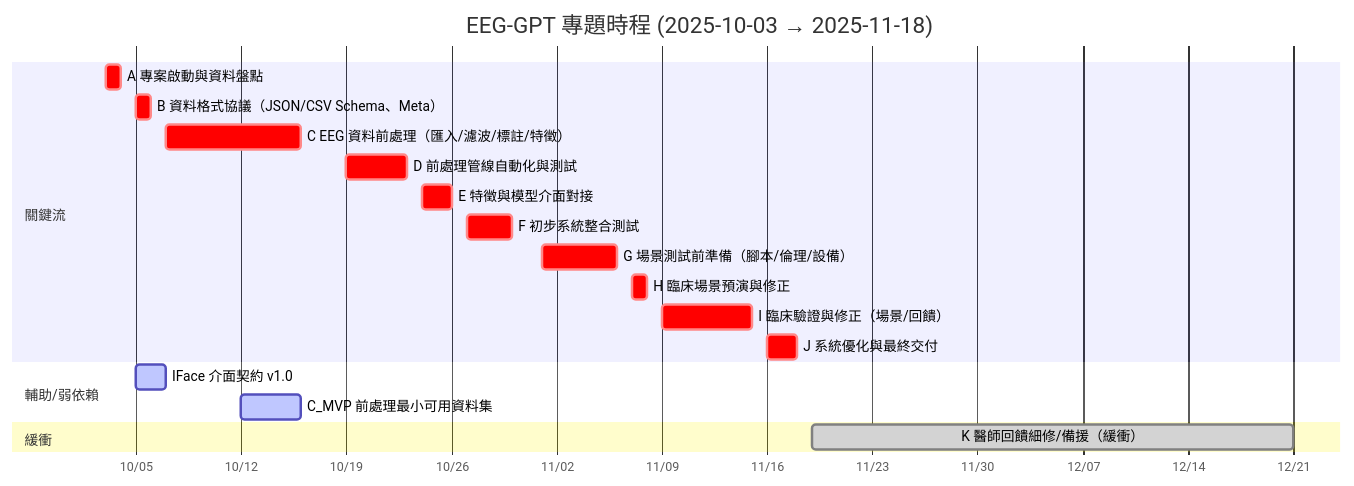
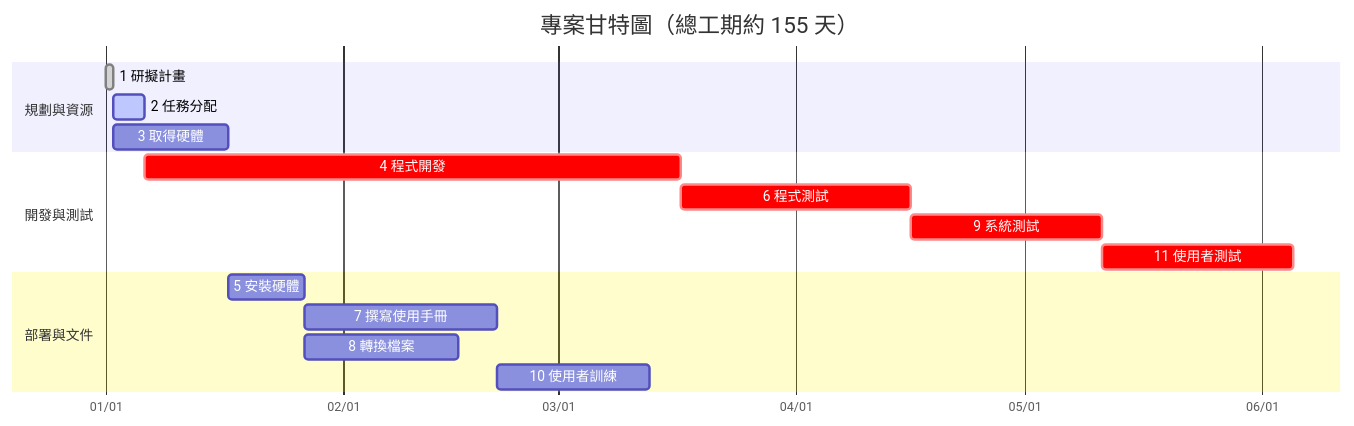
The second of 2 diagrams in hw2.md (yenzhen916/114-1a), drawn with Mermaid before and after one commit. The commit also changed other lines of this file, not shown here.

````diff
--- a/hw2.md
+++ b/hw2.md
@@ -68,25 +66,27 @@
 ```mermaid
 gantt
+  title 專案甘特圖（總工期約 155 天）
   dateFormat  YYYY-MM-DD
   axisFormat  %m/%d
-  title EEG-GPT 專題時程 (2025-10-03 → 2025-11-18)
 
-  section 關鍵流
-  A 專案啟動與資料盤點                         :crit, 2025-10-03, 2025-10-04
-  B 資料格式協議（JSON/CSV Schema、Meta）       :crit, 2025-10-05, 2025-10-06
-  C EEG 資料前處理（匯入/濾波/標註/特徵）         :crit, 2025-10-07, 2025-10-16
-  D 前處理管線自動化與測試                     :crit, 2025-10-19, 2025-10-23
-  E 特徵與模型介面對接                         :crit, 2025-10-24, 2025-10-26
-  F 初步系統整合測試                           :crit, 2025-10-27, 2025-10-30
-  G 場景測試前準備（腳本/倫理/設備）             :crit, 2025-11-01, 2025-11-06
-  H 臨床場景預演與修正                         :crit, 2025-11-07, 2025-11-08
-  I 臨床驗證與修正（場景/回饋）                 :crit, 2025-11-09, 2025-11-15
-  J 系統優化與最終交付                         :crit, 2025-11-16, 2025-11-18
+  %% 以 2025-01-01 作為第 0 天
+  %% 近似規則：te 四捨五入，小數 ES 亦四捨五入
+  %% te 近似：1,4,15,70,10,30,25,20,25,20,25
 
-  section 輔助/弱依賴
-  IFace 介面契約 v1.0                           :active, 2025-10-05, 2025-10-07
-  C_MVP 前處理最小可用資料集                    :active, 2025-10-12, 2025-10-16
+  section 規劃與資源
+  1 研擬計畫         :done,    t1, 2025-01-01, 1d
+  2 任務分配         :active,  t2, 2025-01-02, 4d
+  3 取得硬體         :         t3, 2025-01-02, 15d
 
-  section 緩衝
-  K 醫師回饋細修/備援（緩衝）                   :done, 2025-11-19, 2025-12-21
+  section 開發與測試
+  4 程式開發         :crit,    t4, 2025-01-06, 70d
+  6 程式測試         :crit,    t6, 2025-03-17, 30d
+  9 系統測試         :crit,    t9, 2025-04-16, 25d
+  11 使用者測試      :crit,    t11,2025-05-11, 25d
+
+  section 部署與文件
+  5 安裝硬體         :         t5, 2025-01-17, 10d
+  7 撰寫使用手冊     :         t7, 2025-01-27, 25d
+  8 轉換檔案         :         t8, 2025-01-27, 20d
+  10 使用者訓練      :         t10,2025-02-21, 20d
 ```
````
